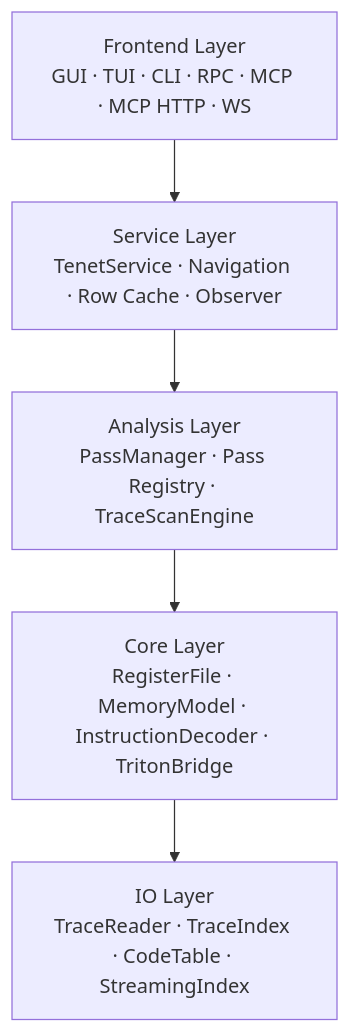
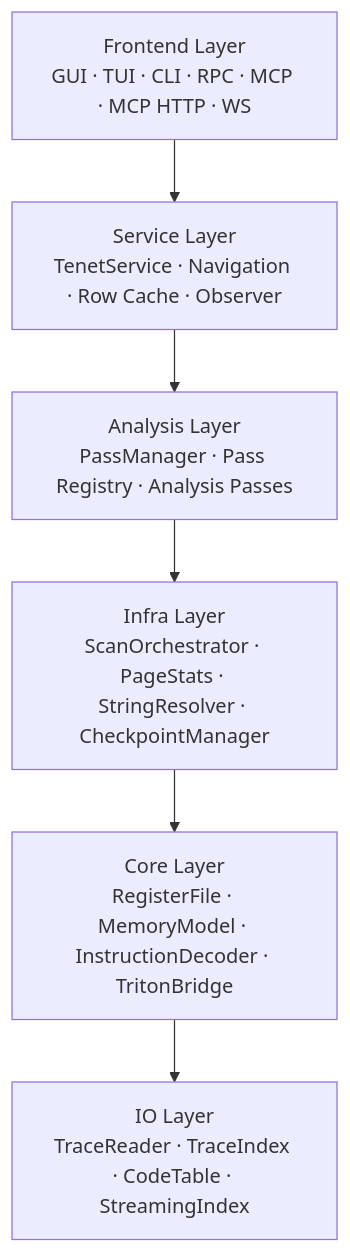
One commit to fuckreverse/retrace changed the first of 2 diagrams in slowmo/docs/ARCHITECTURE.md. Above: the diagram before and after it, drawn with Mermaid. The commit also changed other lines of this file and 9 other files, not shown here.

````diff
--- a/slowmo/docs/ARCHITECTURE.md
+++ b/slowmo/docs/ARCHITECTURE.md
@@ -11,7 +11,8 @@
 ```mermaid
 flowchart TB
     UI[Frontend Layer\nGUI · TUI · CLI · RPC · MCP · MCP HTTP · WS] --> SVC[Service Layer\nTenetService · Navigation · Row Cache · Observer]
-    SVC --> ANA[Analysis Layer\nPassManager · Pass Registry · TraceScanEngine]
-    ANA --> CORE[Core Layer\nRegisterFile · MemoryModel · InstructionDecoder · TritonBridge]
+    SVC --> ANA[Analysis Layer\nPassManager · Pass Registry · Analysis Passes]
+    ANA --> INFRA[Infra Layer\nScanOrchestrator · PageStats · StringResolver · CheckpointManager]
+    INFRA --> CORE[Core Layer\nRegisterFile · MemoryModel · InstructionDecoder · TritonBridge]
     CORE --> IO[IO Layer\nTraceReader · TraceIndex · CodeTable · StreamingIndex]
 ```
````
